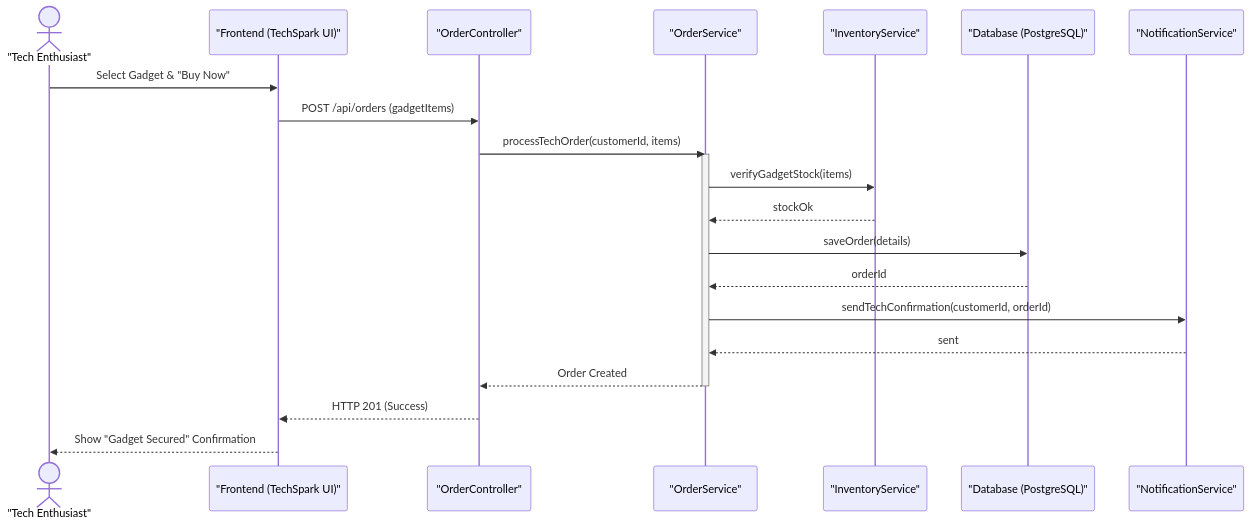
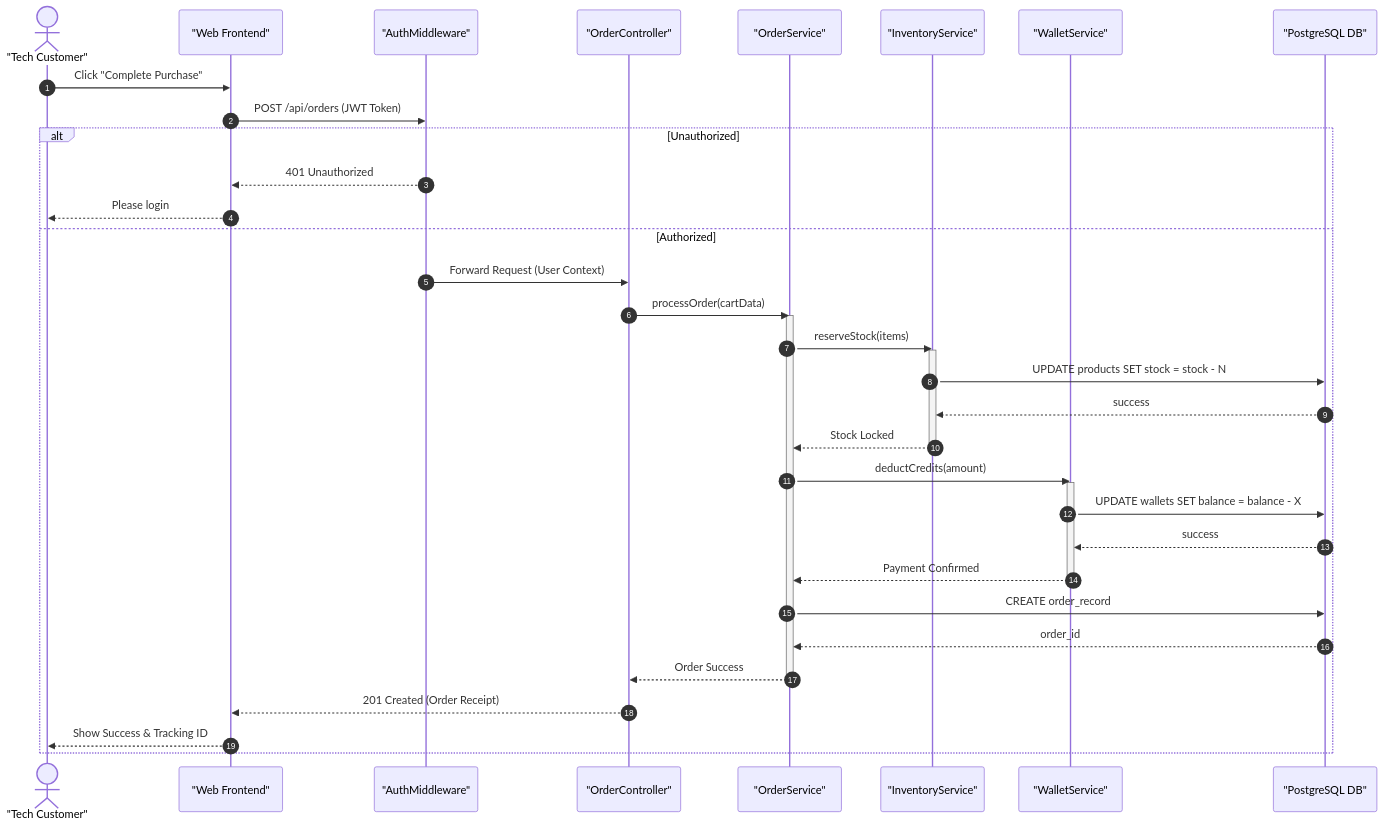
The diagram in sequenceDiagram.md (Subham-KRLX/SESD-PROJECT-), drawn with Mermaid before and after one commit. The commit also changed other lines of this file and 4 other files, not shown here.

````diff
--- a/sequenceDiagram.md
+++ b/sequenceDiagram.md
@@ -8,30 +8,47 @@
 ```mermaid
 sequenceDiagram
-    actor Customer as "Tech Enthusiast"
-    participant FE as "Frontend (TechSpark UI)"
+    autonumber
+    actor User as "Tech Customer"
+    participant UI as "Web Frontend"
+    participant Auth as "AuthMiddleware"
     participant OC as "OrderController"
     participant OS as "OrderService"
     participant IS as "InventoryService"
-    participant DB as "Database (PostgreSQL)"
-    participant NS as "NotificationService"
+    participant WS as "WalletService"
+    participant DB as "PostgreSQL DB"
 
-    Customer->>FE: Select Gadget & "Buy Now"
-    FE->>OC: POST /api/orders (gadgetItems)
-    OC->>OS: processTechOrder(customerId, items)
+    User->>UI: Click "Complete Purchase"
+    UI->>Auth: POST /api/orders (JWT Token)
     
-    activate OS
-    OS->>IS: verifyGadgetStock(items)
-    IS-->>OS: stockOk
-    
-    OS->>DB: saveOrder(details)
-    DB-->>OS: orderId
-    
-    OS->>NS: sendTechConfirmation(customerId, orderId)
-    NS-->>OS: sent
-    
-    OS-->>OC: Order Created
-    deactivate OS
-    
-    OC-->>FE: HTTP 201 (Success)
-    FE-->>Customer: Show "Gadget Secured" Confirmation
+    alt Unauthorized
+        Auth-->>UI: 401 Unauthorized
+        UI-->>User: Please login
+    else Authorized
+        Auth->>OC: Forward Request (User Context)
+        OC->>OS: processOrder(cartData)
+        
+        activate OS
+        OS->>IS: reserveStock(items)
+        activate IS
+        IS->>DB: UPDATE products SET stock = stock - N
+        DB-->>IS: success
+        IS-->>OS: Stock Locked
+        deactivate IS
+
+        OS->>WS: deductCredits(amount)
+        activate WS
+        WS->>DB: UPDATE wallets SET balance = balance - X
+        DB-->>WS: success
+        WS-->>OS: Payment Confirmed
+        deactivate WS
+
+        OS->>DB: CREATE order_record
+        DB-->>OS: order_id
+        
+        OS-->>OC: Order Success
+        deactivate OS
+
+        OC-->>UI: 201 Created (Order Receipt)
+        UI-->>User: Show Success & Tracking ID
+    end
 ```
````
